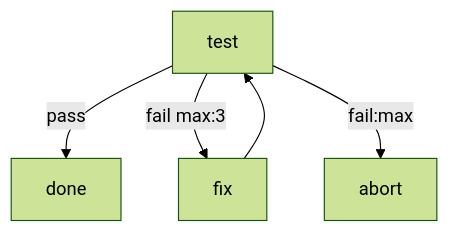
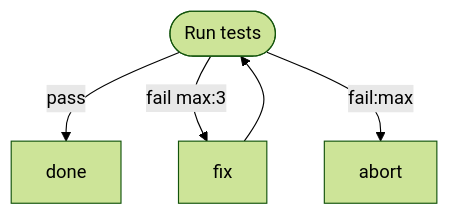
One commit to bebsworthy/markdown-flow changed the diagram in test/fixtures/retry.md. Above: the diagram before and after it, drawn with Mermaid (forest theme). The commit also changed 17 other files, not shown here.

````diff
--- a/test/fixtures/retry.md
+++ b/test/fixtures/retry.md
@@ -7,7 +7,7 @@
 ```mermaid
 flowchart TD
-  test -->|pass| done
+  test([Run tests]) -->|pass| done
   test -->|fail max:3| fix
   test -->|fail:max| abort
   fix --> test
 ```
````
